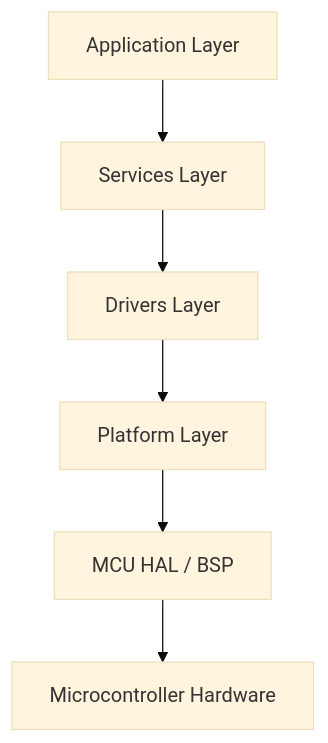
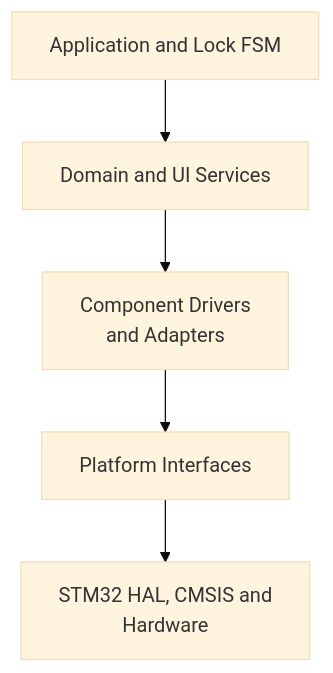
The first of 16 diagrams in Platforms/README.md (JP-REY/STM32F103C8T6-Based-Electronic-Lock), drawn with Mermaid (base theme) before and after one commit. The commit also changed other lines of this file and 16 other files, not shown here.

````diff
--- a/Platforms/README.md
+++ b/Platforms/README.md
@@ -35,15 +266,13 @@
 ```mermaid
 flowchart TB
-    APP[Application Layer]
-    SERVICES[Services Layer]
-    DRIVERS[Drivers Layer]
-    PLATFORM[Platform Layer]
-    HAL[MCU HAL / BSP]
-    HW[Microcontroller Hardware]
+    APP["Application and Lock FSM"]
+    SERVICES["Domain and UI Services"]
+    DRIVERS["Component Drivers<br/> and Adapters"]
+    PLATFORM["Platform Interfaces"]
+    VENDOR["STM32 HAL, CMSIS and<br/> Hardware"]
 
     APP --> SERVICES
     SERVICES --> DRIVERS
     DRIVERS --> PLATFORM
-    PLATFORM --> HAL
-    HAL --> HW
+    PLATFORM --> VENDOR
 ```
````
